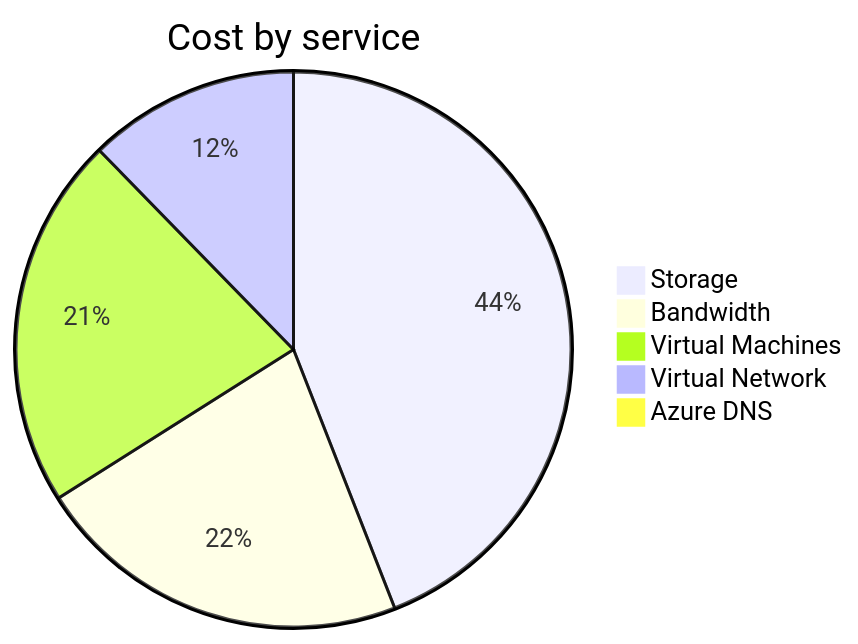
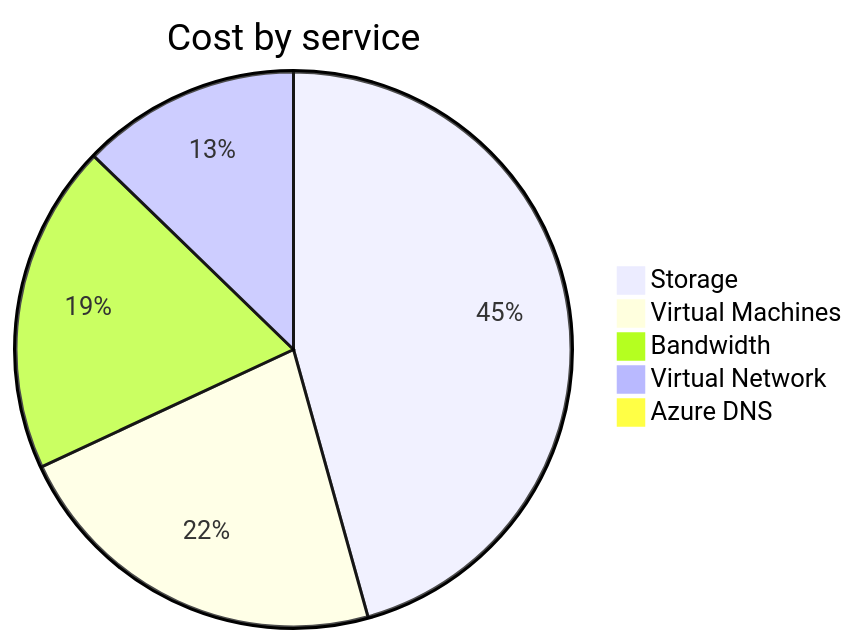
The second of 4 diagrams in cost-reports/personal-network/README.md (jpfulton/azure-personal-reports), drawn with Mermaid before and after one commit. The commit also changed other lines of this file and 8 other files, not shown here.

````diff
--- a/cost-reports/personal-network/README.md
+++ b/cost-reports/personal-network/README.md
@@ -99,9 +99,9 @@
 ```mermaid
 pie
    title Cost by service
-   "Storage" : 9.39
+   "Storage" : 11.14
+   "Virtual Machines" : 5.46
    "Bandwidth" : 4.68
-   "Virtual Machines" : 4.62
-   "Virtual Network" : 2.62
-   "Azure DNS" : 0.18
+   "Virtual Network" : 3.11
+   "Azure DNS" : 0.21
 ```
````
